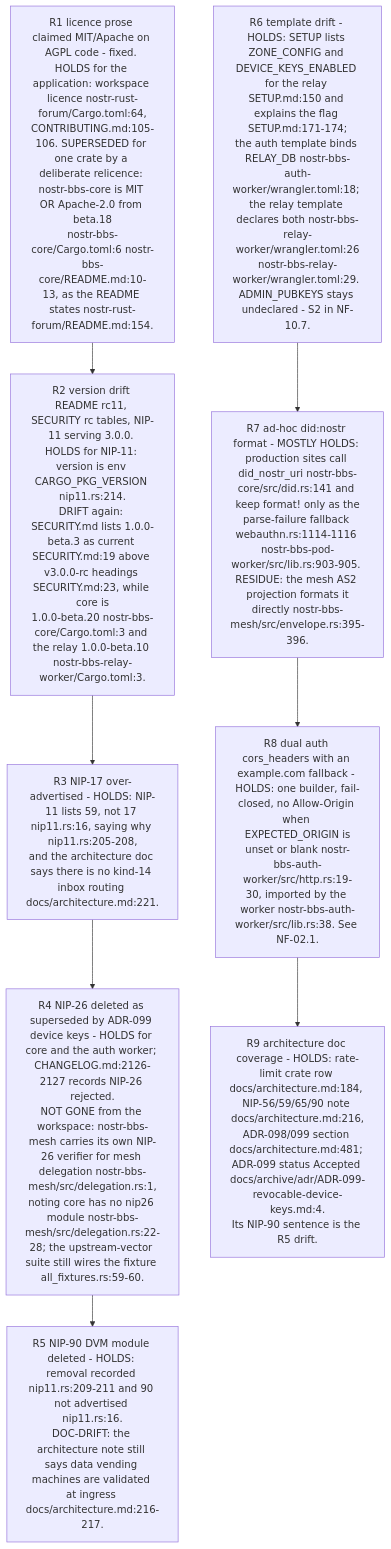
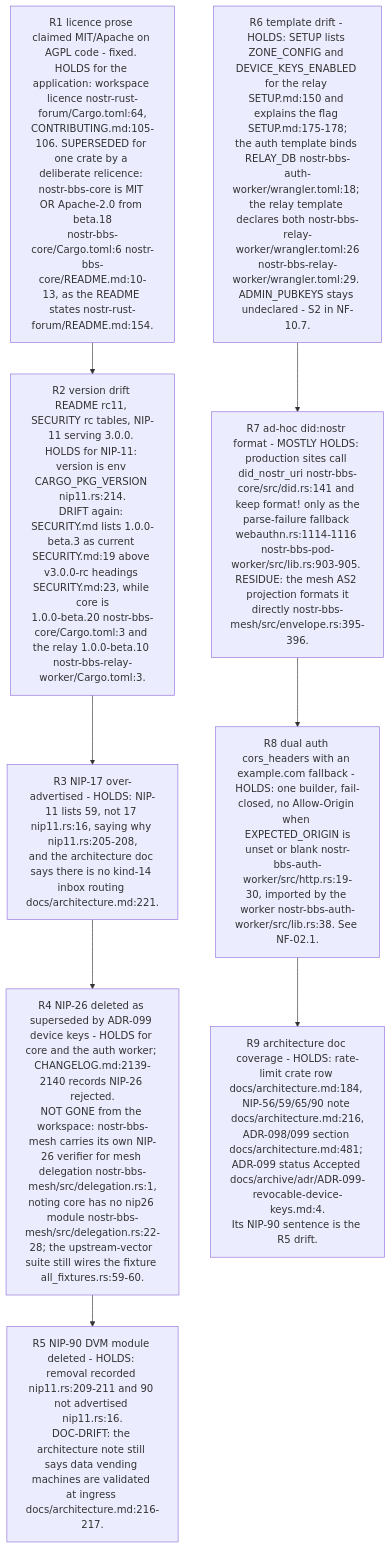
One commit to DreamLab-AI/VisionFlow changed diagram 14 of 15 in docs/diagrams/nostr-rust-forum/10-invariants-and-anomaly-register.md. Above: the diagram before and after it, drawn with Mermaid. The commit also changed other lines of this file and 11 other files, not shown here.

````diff
--- a/docs/diagrams/nostr-rust-forum/10-invariants-and-anomaly-register.md
+++ b/docs/diagrams/nostr-rust-forum/10-invariants-and-anomaly-register.md
@@ -349,14 +349,14 @@
 ```mermaid
 flowchart TB
     R1["R1 licence prose claimed MIT/Apache on AGPL code - fixed. HOLDS for the application: workspace licence nostr-rust-forum/Cargo.toml:64,<br/>CONTRIBUTING.md:105-106. SUPERSEDED for one crate by a deliberate relicence: nostr-bbs-core is MIT OR Apache-2.0 from beta.18<br/>nostr-bbs-core/Cargo.toml:6 nostr-bbs-core/README.md:10-13, as the README states nostr-rust-forum/README.md:154."]
     R2["R2 version drift README rc11, SECURITY rc tables, NIP-11 serving 3.0.0. HOLDS for NIP-11: version is env CARGO_PKG_VERSION nip11.rs:214.<br/>DRIFT again: SECURITY.md lists 1.0.0-beta.3 as current SECURITY.md:19 above v3.0.0-rc headings SECURITY.md:23, while core is<br/>1.0.0-beta.20 nostr-bbs-core/Cargo.toml:3 and the relay 1.0.0-beta.10 nostr-bbs-relay-worker/Cargo.toml:3."]
     R3["R3 NIP-17 over-advertised - HOLDS: NIP-11 lists 59, not 17 nip11.rs:16, saying why nip11.rs:205-208,<br/>and the architecture doc says there is no kind-14 inbox routing docs/architecture.md:221."]
-    R4["R4 NIP-26 deleted as superseded by ADR-099 device keys - HOLDS for core and the auth worker; CHANGELOG.md:2126-2127 records NIP-26 rejected.<br/>NOT GONE from the workspace: nostr-bbs-mesh carries its own NIP-26 verifier for mesh delegation nostr-bbs-mesh/src/delegation.rs:1,<br/>noting core has no nip26 module nostr-bbs-mesh/src/delegation.rs:22-28; the upstream-vector suite still wires the fixture all_fixtures.rs:59-60."]
+    R4["R4 NIP-26 deleted as superseded by ADR-099 device keys - HOLDS for core and the auth worker; CHANGELOG.md:2139-2140 records NIP-26 rejected.<br/>NOT GONE from the workspace: nostr-bbs-mesh carries its own NIP-26 verifier for mesh delegation nostr-bbs-mesh/src/delegation.rs:1,<br/>noting core has no nip26 module nostr-bbs-mesh/src/delegation.rs:22-28; the upstream-vector suite still wires the fixture all_fixtures.rs:59-60."]
     R5["R5 NIP-90 DVM module deleted - HOLDS: removal recorded nip11.rs:209-211 and 90 not advertised nip11.rs:16.<br/>DOC-DRIFT: the architecture note still says data vending machines are validated at ingress docs/architecture.md:216-217."]
-    R6["R6 template drift - HOLDS: SETUP lists ZONE_CONFIG and DEVICE_KEYS_ENABLED for the relay SETUP.md:150 and explains the flag SETUP.md:171-174;<br/>the auth template binds RELAY_DB nostr-bbs-auth-worker/wrangler.toml:18; the relay template declares both nostr-bbs-relay-worker/wrangler.toml:26<br/>nostr-bbs-relay-worker/wrangler.toml:29. ADMIN_PUBKEYS stays undeclared - S2 in NF-10.7."]
+    R6["R6 template drift - HOLDS: SETUP lists ZONE_CONFIG and DEVICE_KEYS_ENABLED for the relay SETUP.md:150 and explains the flag SETUP.md:175-178;<br/>the auth template binds RELAY_DB nostr-bbs-auth-worker/wrangler.toml:18; the relay template declares both nostr-bbs-relay-worker/wrangler.toml:26<br/>nostr-bbs-relay-worker/wrangler.toml:29. ADMIN_PUBKEYS stays undeclared - S2 in NF-10.7."]
     R7["R7 ad-hoc did:nostr format - MOSTLY HOLDS: production sites call did_nostr_uri nostr-bbs-core/src/did.rs:141 and keep format! only as the<br/>parse-failure fallback webauthn.rs:1114-1116 nostr-bbs-pod-worker/src/lib.rs:903-905. RESIDUE: the mesh AS2 projection formats it<br/>directly nostr-bbs-mesh/src/envelope.rs:395-396."]
     R8["R8 dual auth cors_headers with an example.com fallback - HOLDS: one builder, fail-closed, no Allow-Origin when EXPECTED_ORIGIN is<br/>unset or blank nostr-bbs-auth-worker/src/http.rs:19-30, imported by the worker nostr-bbs-auth-worker/src/lib.rs:38. See NF-02.1."]
     R9["R9 architecture doc coverage - HOLDS: rate-limit crate row docs/architecture.md:184, NIP-56/59/65/90 note docs/architecture.md:216,<br/>ADR-098/099 section docs/architecture.md:481; ADR-099 status Accepted docs/archive/adr/ADR-099-revocable-device-keys.md:4.<br/>Its NIP-90 sentence is the R5 drift."]
     R1 --> R2 --> R3 --> R4 --> R5
     R6 --> R7 --> R8 --> R9
 ```
````
